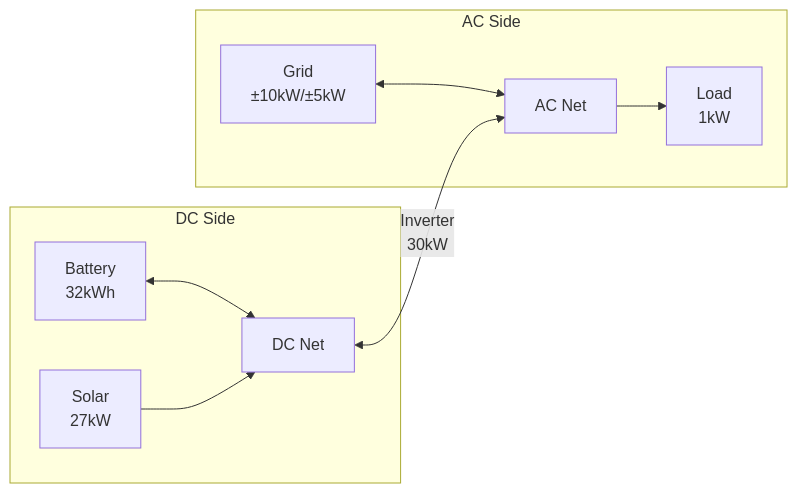
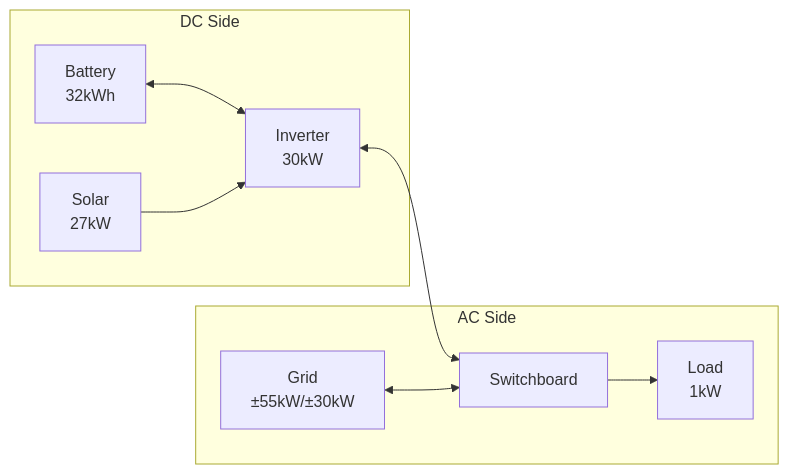
Before and after one commit to hass-energy/haeo: the diagram in docs/user-guide/examples/sigenergy-system.md, drawn with Mermaid. The commit also changed other lines of this file and 3 other files, not shown here.

````diff
--- a/docs/user-guide/examples/sigenergy-system.md
+++ b/docs/user-guide/examples/sigenergy-system.md
@@ -15,14 +15,13 @@
 ```mermaid
 graph LR
     subgraph DC Side
-        Battery[Battery<br/>32kWh] <--> DC[DC Net]
-        Solar[Solar<br/>27kW] --> DC
+        Battery[Battery<br/>32kWh] <--> Inverter
+        Solar[Solar<br/>27kW] --> Inverter
     end
 
     subgraph AC Side
-        Grid[Grid<br/>±10kW/±5kW] <--> AC[AC Net]
-        AC --> Load[Load<br/>1kW]
+        Inverter[Inverter<br/>30kW] <--> Switchboard[Switchboard]
+        Grid[Grid<br/>±55kW/±30kW] <--> Switchboard
+        Switchboard --> Load[Load<br/>1kW]
     end
-
-    DC <-->|Inverter<br/>30kW| AC
 ```
````
